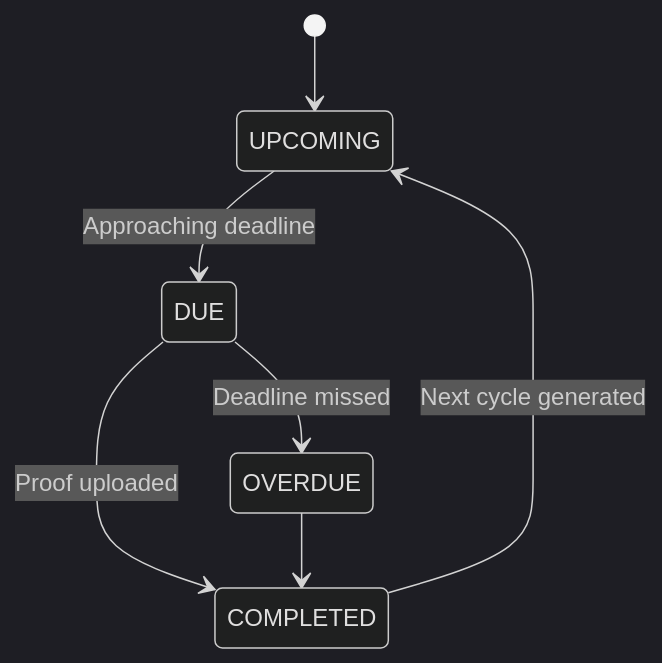
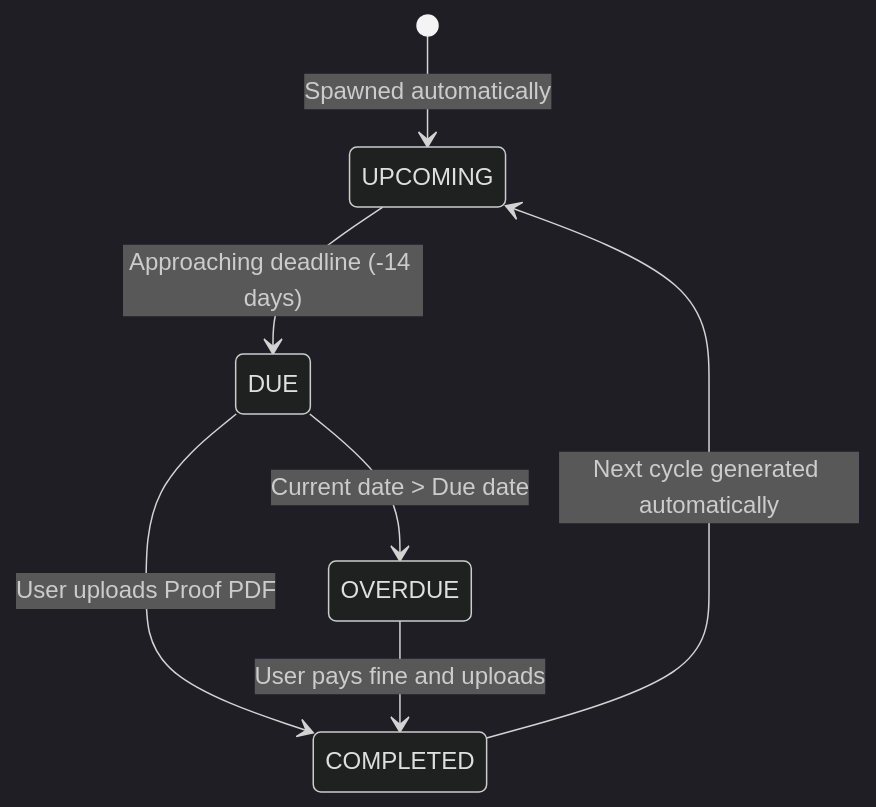
The third of 3 diagrams in readme.md (priyanshuguptacoder/SIH-Hackathon), drawn with Mermaid (dark theme) before and after one commit. The commit also changed other lines of this file, not shown here.

Commit message:
docs: expand README to 1050+ lines with detailed schemas and API payloads

````diff
--- a/readme.md
+++ b/readme.md
@@ -386,9 +477,9 @@
 ```mermaid
 stateDiagram-v2
-    [*] --> UPCOMING
-    UPCOMING --> DUE : Approaching deadline
-    DUE --> COMPLETED : Proof uploaded
-    DUE --> OVERDUE : Deadline missed
-    OVERDUE --> COMPLETED
-    COMPLETED --> UPCOMING : Next cycle generated
+    [*] --> UPCOMING: Spawned automatically
+    UPCOMING --> DUE : Approaching deadline (-14 days)
+    DUE --> COMPLETED : User uploads Proof PDF
+    DUE --> OVERDUE : Current date > Due date
+    OVERDUE --> COMPLETED: User pays fine and uploads
+    COMPLETED --> UPCOMING : Next cycle generated automatically
 ```
````
